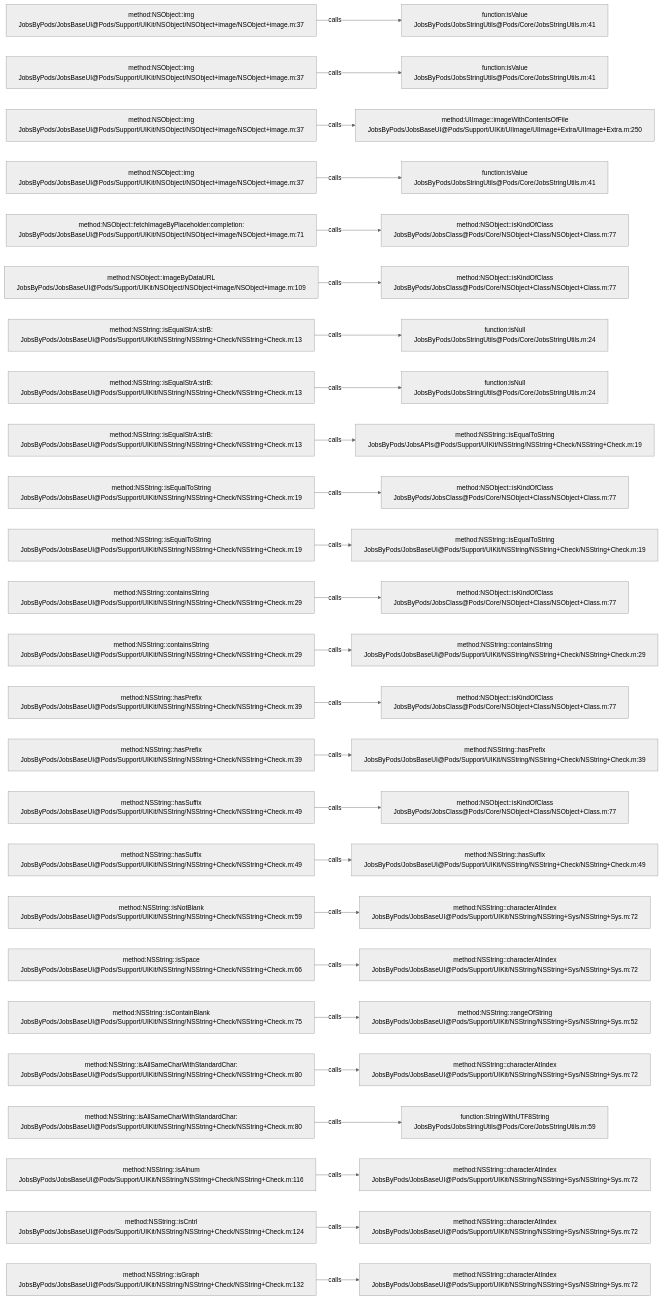
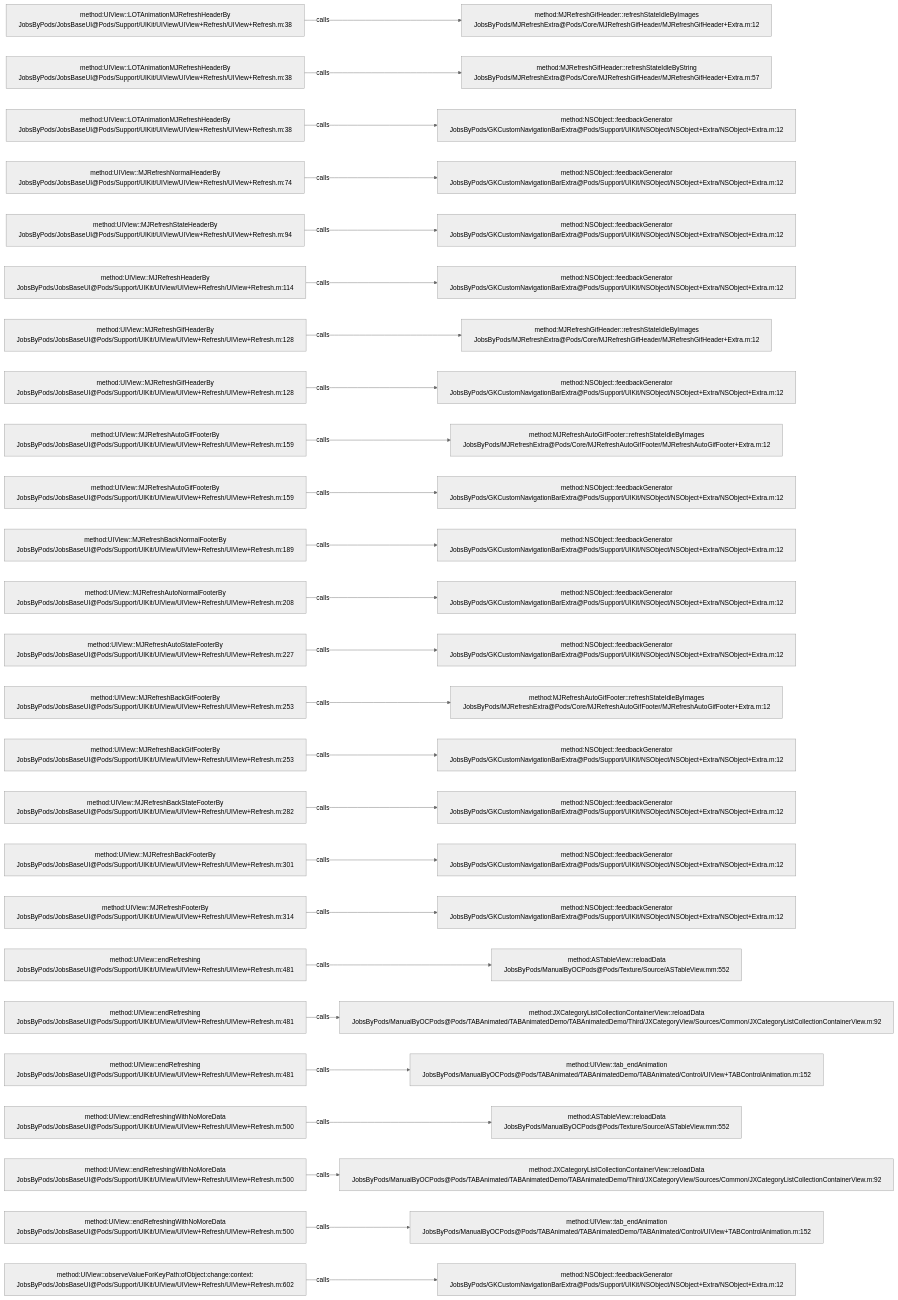
One commit to JobsKits/JobsOCBaseConfigDemo changed the diagram in .codegraph/codegraph.md/graphs/calls-050.md. Above: the diagram before and after it, drawn with Mermaid (neutral theme). The commit also changed 1026 other files, not shown here.

````diff
--- a/.codegraph/codegraph.md/graphs/calls-050.md
+++ b/.codegraph/codegraph.md/graphs/calls-050.md
@@ -13,78 +13,78 @@
 ```mermaid
 flowchart LR
-  S1["method:NSObject::img<br/>JobsByPods/JobsBaseUI@Pods/Support/UIKit/NSObject/NSObject+image/NSObject+image.m:37"]
-  T1["function:isValue<br/>JobsByPods/JobsStringUtils@Pods/Core/JobsStringUtils.m:41"]
+  S1["method:UIView::LOTAnimationMJRefreshHeaderBy<br/>JobsByPods/JobsBaseUI@Pods/Support/UIKit/UIView/UIView+Refresh/UIView+Refresh.m:38"]
+  T1["method:MJRefreshGifHeader::refreshStateIdleByImages<br/>JobsByPods/MJRefreshExtra@Pods/Core/MJRefreshGifHeader/MJRefreshGifHeader+Extra.m:12"]
   S1 -->|calls| T1
-  S2["method:NSObject::img<br/>JobsByPods/JobsBaseUI@Pods/Support/UIKit/NSObject/NSObject+image/NSObject+image.m:37"]
-  T2["function:isValue<br/>JobsByPods/JobsStringUtils@Pods/Core/JobsStringUtils.m:41"]
+  S2["method:UIView::LOTAnimationMJRefreshHeaderBy<br/>JobsByPods/JobsBaseUI@Pods/Support/UIKit/UIView/UIView+Refresh/UIView+Refresh.m:38"]
+  T2["method:MJRefreshGifHeader::refreshStateIdleByString<br/>JobsByPods/MJRefreshExtra@Pods/Core/MJRefreshGifHeader/MJRefreshGifHeader+Extra.m:57"]
   S2 -->|calls| T2
-  S3["method:NSObject::img<br/>JobsByPods/JobsBaseUI@Pods/Support/UIKit/NSObject/NSObject+image/NSObject+image.m:37"]
-  T3["method:UIImage::imageWithContentsOfFile<br/>JobsByPods/JobsBaseUI@Pods/Support/UIKit/UIImage/UIImage+Extra/UIImage+Extra.m:250"]
+  S3["method:UIView::LOTAnimationMJRefreshHeaderBy<br/>JobsByPods/JobsBaseUI@Pods/Support/UIKit/UIView/UIView+Refresh/UIView+Refresh.m:38"]
+  T3["method:NSObject::feedbackGenerator<br/>JobsByPods/GKCustomNavigationBarExtra@Pods/Support/UIKit/NSObject/NSObject+Extra/NSObject+Extra.m:12"]
   S3 -->|calls| T3
-  S4["method:NSObject::img<br/>JobsByPods/JobsBaseUI@Pods/Support/UIKit/NSObject/NSObject+image/NSObject+image.m:37"]
-  T4["function:isValue<br/>JobsByPods/JobsStringUtils@Pods/Core/JobsStringUtils.m:41"]
+  S4["method:UIView::MJRefreshNormalHeaderBy<br/>JobsByPods/JobsBaseUI@Pods/Support/UIKit/UIView/UIView+Refresh/UIView+Refresh.m:74"]
+  T4["method:NSObject::feedbackGenerator<br/>JobsByPods/GKCustomNavigationBarExtra@Pods/Support/UIKit/NSObject/NSObject+Extra/NSObject+Extra.m:12"]
   S4 -->|calls| T4
-  S5["method:NSObject::fetchImageByPlaceholder:completion:<br/>JobsByPods/JobsBaseUI@Pods/Support/UIKit/NSObject/NSObject+image/NSObject+image.m:71"]
-  T5["method:NSObject::isKindOfClass<br/>JobsByPods/JobsClass@Pods/Core/NSObject+Class/NSObject+Class.m:77"]
+  S5["method:UIView::MJRefreshStateHeaderBy<br/>JobsByPods/JobsBaseUI@Pods/Support/UIKit/UIView/UIView+Refresh/UIView+Refresh.m:94"]
+  T5["method:NSObject::feedbackGenerator<br/>JobsByPods/GKCustomNavigationBarExtra@Pods/Support/UIKit/NSObject/NSObject+Extra/NSObject+Extra.m:12"]
   S5 -->|calls| T5
-  S6["method:NSObject::imageByDataURL<br/>JobsByPods/JobsBaseUI@Pods/Support/UIKit/NSObject/NSObject+image/NSObject+image.m:109"]
-  T6["method:NSObject::isKindOfClass<br/>JobsByPods/JobsClass@Pods/Core/NSObject+Class/NSObject+Class.m:77"]
+  S6["method:UIView::MJRefreshHeaderBy<br/>JobsByPods/JobsBaseUI@Pods/Support/UIKit/UIView/UIView+Refresh/UIView+Refresh.m:114"]
+  T6["method:NSObject::feedbackGenerator<br/>JobsByPods/GKCustomNavigationBarExtra@Pods/Support/UIKit/NSObject/NSObject+Extra/NSObject+Extra.m:12"]
   S6 -->|calls| T6
-  S7["method:NSString::isEqualStrA:strB:<br/>JobsByPods/JobsBaseUI@Pods/Support/UIKit/NSString/NSString+Check/NSString+Check.m:13"]
-  T7["function:isNull<br/>JobsByPods/JobsStringUtils@Pods/Core/JobsStringUtils.m:24"]
+  S7["method:UIView::MJRefreshGifHeaderBy<br/>JobsByPods/JobsBaseUI@Pods/Support/UIKit/UIView/UIView+Refresh/UIView+Refresh.m:128"]
+  T7["method:MJRefreshGifHeader::refreshStateIdleByImages<br/>JobsByPods/MJRefreshExtra@Pods/Core/MJRefreshGifHeader/MJRefreshGifHeader+Extra.m:12"]
   S7 -->|calls| T7
-  S8["method:NSString::isEqualStrA:strB:<br/>JobsByPods/JobsBaseUI@Pods/Support/UIKit/NSString/NSString+Check/NSString+Check.m:13"]
-  T8["function:isNull<br/>JobsByPods/JobsStringUtils@Pods/Core/JobsStringUtils.m:24"]
+  S8["method:UIView::MJRefreshGifHeaderBy<br/>JobsByPods/JobsBaseUI@Pods/Support/UIKit/UIView/UIView+Refresh/UIView+Refresh.m:128"]
+  T8["method:NSObject::feedbackGenerator<br/>JobsByPods/GKCustomNavigationBarExtra@Pods/Support/UIKit/NSObject/NSObject+Extra/NSObject+Extra.m:12"]
   S8 -->|calls| T8
-  S9["method:NSString::isEqualStrA:strB:<br/>JobsByPods/JobsBaseUI@Pods/Support/UIKit/NSString/NSString+Check/NSString+Check.m:13"]
-  T9["method:NSString::isEqualToString<br/>JobsByPods/JobsAPIs@Pods/Support/UIKit/NSString/NSString+Check/NSString+Check.m:19"]
+  S9["method:UIView::MJRefreshAutoGifFooterBy<br/>JobsByPods/JobsBaseUI@Pods/Support/UIKit/UIView/UIView+Refresh/UIView+Refresh.m:159"]
+  T9["method:MJRefreshAutoGifFooter::refreshStateIdleByImages<br/>JobsByPods/MJRefreshExtra@Pods/Core/MJRefreshAutoGifFooter/MJRefreshAutoGifFooter+Extra.m:12"]
   S9 -->|calls| T9
-  S10["method:NSString::isEqualToString<br/>JobsByPods/JobsBaseUI@Pods/Support/UIKit/NSString/NSString+Check/NSString+Check.m:19"]
-  T10["method:NSObject::isKindOfClass<br/>JobsByPods/JobsClass@Pods/Core/NSObject+Class/NSObject+Class.m:77"]
+  S10["method:UIView::MJRefreshAutoGifFooterBy<br/>JobsByPods/JobsBaseUI@Pods/Support/UIKit/UIView/UIView+Refresh/UIView+Refresh.m:159"]
+  T10["method:NSObject::feedbackGenerator<br/>JobsByPods/GKCustomNavigationBarExtra@Pods/Support/UIKit/NSObject/NSObject+Extra/NSObject+Extra.m:12"]
   S10 -->|calls| T10
-  S11["method:NSString::isEqualToString<br/>JobsByPods/JobsBaseUI@Pods/Support/UIKit/NSString/NSString+Check/NSString+Check.m:19"]
-  T11["method:NSString::isEqualToString<br/>JobsByPods/JobsBaseUI@Pods/Support/UIKit/NSString/NSString+Check/NSString+Check.m:19"]
+  S11["method:UIView::MJRefreshBackNormalFooterBy<br/>JobsByPods/JobsBaseUI@Pods/Support/UIKit/UIView/UIView+Refresh/UIView+Refresh.m:189"]
+  T11["method:NSObject::feedbackGenerator<br/>JobsByPods/GKCustomNavigationBarExtra@Pods/Support/UIKit/NSObject/NSObject+Extra/NSObject+Extra.m:12"]
   S11 -->|calls| T11
-  S12["method:NSString::containsString<br/>JobsByPods/JobsBaseUI@Pods/Support/UIKit/NSString/NSString+Check/NSString+Check.m:29"]
-  T12["method:NSObject::isKindOfClass<br/>JobsByPods/JobsClass@Pods/Core/NSObject+Class/NSObject+Class.m:77"]
+  S12["method:UIView::MJRefreshAutoNormalFooterBy<br/>JobsByPods/JobsBaseUI@Pods/Support/UIKit/UIView/UIView+Refresh/UIView+Refresh.m:208"]
+  T12["method:NSObject::feedbackGenerator<br/>JobsByPods/GKCustomNavigationBarExtra@Pods/Support/UIKit/NSObject/NSObject+Extra/NSObject+Extra.m:12"]
   S12 -->|calls| T12
-  S13["method:NSString::containsString<br/>JobsByPods/JobsBaseUI@Pods/Support/UIKit/NSString/NSString+Check/NSString+Check.m:29"]
-  T13["method:NSString::containsString<br/>JobsByPods/JobsBaseUI@Pods/Support/UIKit/NSString/NSString+Check/NSString+Check.m:29"]
+  S13["method:UIView::MJRefreshAutoStateFooterBy<br/>JobsByPods/JobsBaseUI@Pods/Support/UIKit/UIView/UIView+Refresh/UIView+Refresh.m:227"]
+  T13["method:NSObject::feedbackGenerator<br/>JobsByPods/GKCustomNavigationBarExtra@Pods/Support/UIKit/NSObject/NSObject+Extra/NSObject+Extra.m:12"]
   S13 -->|calls| T13
-  S14["method:NSString::hasPrefix<br/>JobsByPods/JobsBaseUI@Pods/Support/UIKit/NSString/NSString+Check/NSString+Check.m:39"]
-  T14["method:NSObject::isKindOfClass<br/>JobsByPods/JobsClass@Pods/Core/NSObject+Class/NSObject+Class.m:77"]
+  S14["method:UIView::MJRefreshBackGifFooterBy<br/>JobsByPods/JobsBaseUI@Pods/Support/UIKit/UIView/UIView+Refresh/UIView+Refresh.m:253"]
+  T14["method:MJRefreshAutoGifFooter::refreshStateIdleByImages<br/>JobsByPods/MJRefreshExtra@Pods/Core/MJRefreshAutoGifFooter/MJRefreshAutoGifFooter+Extra.m:12"]
   S14 -->|calls| T14
-  S15["method:NSString::hasPrefix<br/>JobsByPods/JobsBaseUI@Pods/Support/UIKit/NSString/NSString+Check/NSString+Check.m:39"]
-  T15["method:NSString::hasPrefix<br/>JobsByPods/JobsBaseUI@Pods/Support/UIKit/NSString/NSString+Check/NSString+Check.m:39"]
+  S15["method:UIView::MJRefreshBackGifFooterBy<br/>JobsByPods/JobsBaseUI@Pods/Support/UIKit/UIView/UIView+Refresh/UIView+Refresh.m:253"]
+  T15["method:NSObject::feedbackGenerator<br/>JobsByPods/GKCustomNavigationBarExtra@Pods/Support/UIKit/NSObject/NSObject+Extra/NSObject+Extra.m:12"]
   S15 -->|calls| T15
-  S16["method:NSString::hasSuffix<br/>JobsByPods/JobsBaseUI@Pods/Support/UIKit/NSString/NSString+Check/NSString+Check.m:49"]
-  T16["method:NSObject::isKindOfClass<br/>JobsByPods/JobsClass@Pods/Core/NSObject+Class/NSObject+Class.m:77"]
+  S16["method:UIView::MJRefreshBackStateFooterBy<br/>JobsByPods/JobsBaseUI@Pods/Support/UIKit/UIView/UIView+Refresh/UIView+Refresh.m:282"]
+  T16["method:NSObject::feedbackGenerator<br/>JobsByPods/GKCustomNavigationBarExtra@Pods/Support/UIKit/NSObject/NSObject+Extra/NSObject+Extra.m:12"]
   S16 -->|calls| T16
-  S17["method:NSString::hasSuffix<br/>JobsByPods/JobsBaseUI@Pods/Support/UIKit/NSString/NSString+Check/NSString+Check.m:49"]
-  T17["method:NSString::hasSuffix<br/>JobsByPods/JobsBaseUI@Pods/Support/UIKit/NSString/NSString+Check/NSString+Check.m:49"]
+  S17["method:UIView::MJRefreshBackFooterBy<br/>JobsByPods/JobsBaseUI@Pods/Support/UIKit/UIView/UIView+Refresh/UIView+Refresh.m:301"]
+  T17["method:NSObject::feedbackGenerator<br/>JobsByPods/GKCustomNavigationBarExtra@Pods/Support/UIKit/NSObject/NSObject+Extra/NSObject+Extra.m:12"]
   S17 -->|calls| T17
-  S18["method:NSString::isNotBlank<br/>JobsByPods/JobsBaseUI@Pods/Support/UIKit/NSString/NSString+Check/NSString+Check.m:59"]
-  T18["method:NSString::characterAtIndex<br/>JobsByPods/JobsBaseUI@Pods/Support/UIKit/NSString/NSString+Sys/NSString+Sys.m:72"]
+  S18["method:UIView::MJRefreshFooterBy<br/>JobsByPods/JobsBaseUI@Pods/Support/UIKit/UIView/UIView+Refresh/UIView+Refresh.m:314"]
+  T18["method:NSObject::feedbackGenerator<br/>JobsByPods/GKCustomNavigationBarExtra@Pods/Support/UIKit/NSObject/NSObject+Extra/NSObject+Extra.m:12"]
   S18 -->|calls| T18
-  S19["method:NSString::isSpace<br/>JobsByPods/JobsBaseUI@Pods/Support/UIKit/NSString/NSString+Check/NSString+Check.m:66"]
-  T19["method:NSString::characterAtIndex<br/>JobsByPods/JobsBaseUI@Pods/Support/UIKit/NSString/NSString+Sys/NSString+Sys.m:72"]
+  S19["method:UIView::endRefreshing<br/>JobsByPods/JobsBaseUI@Pods/Support/UIKit/UIView/UIView+Refresh/UIView+Refresh.m:481"]
+  T19["method:ASTableView::reloadData<br/>JobsByPods/ManualByOCPods@Pods/Texture/Source/ASTableView.mm:552"]
   S19 -->|calls| T19
-  S20["method:NSString::isContainBlank<br/>JobsByPods/JobsBaseUI@Pods/Support/UIKit/NSString/NSString+Check/NSString+Check.m:75"]
-  T20["method:NSString::rangeOfString<br/>JobsByPods/JobsBaseUI@Pods/Support/UIKit/NSString/NSString+Sys/NSString+Sys.m:52"]
+  S20["method:UIView::endRefreshing<br/>JobsByPods/JobsBaseUI@Pods/Support/UIKit/UIView/UIView+Refresh/UIView+Refresh.m:481"]
+  T20["method:JXCategoryListCollectionContainerView::reloadData<br/>JobsByPods/ManualByOCPods@Pods/TABAnimated/TABAnimatedDemo/TABAnimatedDemo/Third/JXCategoryView/Sources/Common/JXCategoryListCollectionContainerView.m:92"]
   S20 -->|calls| T20
-  S21["method:NSString::isAllSameCharWithStandardChar:<br/>JobsByPods/JobsBaseUI@Pods/Support/UIKit/NSString/NSString+Check/NSString+Check.m:80"]
-  T21["method:NSString::characterAtIndex<br/>JobsByPods/JobsBaseUI@Pods/Support/UIKit/NSString/NSString+Sys/NSString+Sys.m:72"]
+  S21["method:UIView::endRefreshing<br/>JobsByPods/JobsBaseUI@Pods/Support/UIKit/UIView/UIView+Refresh/UIView+Refresh.m:481"]
+  T21["method:UIView::tab_endAnimation<br/>JobsByPods/ManualByOCPods@Pods/TABAnimated/TABAnimatedDemo/TABAnimated/Control/UIView+TABControlAnimation.m:152"]
   S21 -->|calls| T21
-  S22["method:NSString::isAllSameCharWithStandardChar:<br/>JobsByPods/JobsBaseUI@Pods/Support/UIKit/NSString/NSString+Check/NSString+Check.m:80"]
-  T22["function:StringWithUTF8String<br/>JobsByPods/JobsStringUtils@Pods/Core/JobsStringUtils.m:59"]
+  S22["method:UIView::endRefreshingWithNoMoreData<br/>JobsByPods/JobsBaseUI@Pods/Support/UIKit/UIView/UIView+Refresh/UIView+Refresh.m:500"]
+  T22["method:ASTableView::reloadData<br/>JobsByPods/ManualByOCPods@Pods/Texture/Source/ASTableView.mm:552"]
   S22 -->|calls| T22
-  S23["method:NSString::isAlnum<br/>JobsByPods/JobsBaseUI@Pods/Support/UIKit/NSString/NSString+Check/NSString+Check.m:116"]
-  T23["method:NSString::characterAtIndex<br/>JobsByPods/JobsBaseUI@Pods/Support/UIKit/NSString/NSString+Sys/NSString+Sys.m:72"]
+  S23["method:UIView::endRefreshingWithNoMoreData<br/>JobsByPods/JobsBaseUI@Pods/Support/UIKit/UIView/UIView+Refresh/UIView+Refresh.m:500"]
+  T23["method:JXCategoryListCollectionContainerView::reloadData<br/>JobsByPods/ManualByOCPods@Pods/TABAnimated/TABAnimatedDemo/TABAnimatedDemo/Third/JXCategoryView/Sources/Common/JXCategoryListCollectionContainerView.m:92"]
   S23 -->|calls| T23
-  S24["method:NSString::isCntrl<br/>JobsByPods/JobsBaseUI@Pods/Support/UIKit/NSString/NSString+Check/NSString+Check.m:124"]
-  T24["method:NSString::characterAtIndex<br/>JobsByPods/JobsBaseUI@Pods/Support/UIKit/NSString/NSString+Sys/NSString+Sys.m:72"]
+  S24["method:UIView::endRefreshingWithNoMoreData<br/>JobsByPods/JobsBaseUI@Pods/Support/UIKit/UIView/UIView+Refresh/UIView+Refresh.m:500"]
+  T24["method:UIView::tab_endAnimation<br/>JobsByPods/ManualByOCPods@Pods/TABAnimated/TABAnimatedDemo/TABAnimated/Control/UIView+TABControlAnimation.m:152"]
   S24 -->|calls| T24
-  S25["method:NSString::isGraph<br/>JobsByPods/JobsBaseUI@Pods/Support/UIKit/NSString/NSString+Check/NSString+Check.m:132"]
-  T25["method:NSString::characterAtIndex<br/>JobsByPods/JobsBaseUI@Pods/Support/UIKit/NSString/NSString+Sys/NSString+Sys.m:72"]
+  S25["method:UIView::observeValueForKeyPath:ofObject:change:context:<br/>JobsByPods/JobsBaseUI@Pods/Support/UIKit/UIView/UIView+Refresh/UIView+Refresh.m:602"]
+  T25["method:NSObject::feedbackGenerator<br/>JobsByPods/GKCustomNavigationBarExtra@Pods/Support/UIKit/NSObject/NSObject+Extra/NSObject+Extra.m:12"]
   S25 -->|calls| T25
 ```
````
